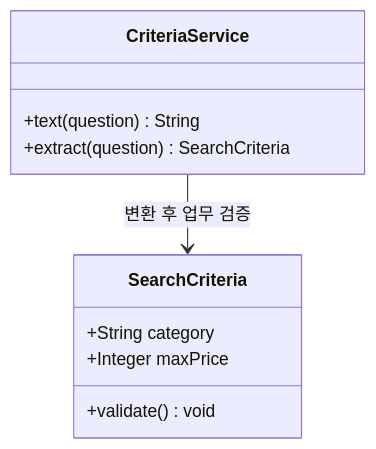
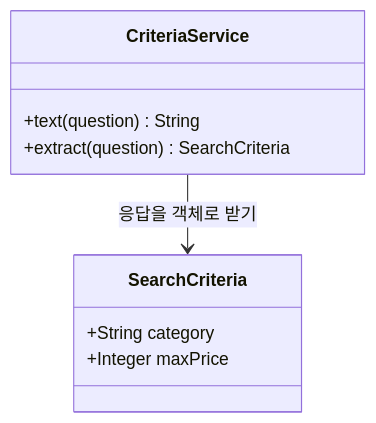
Before and after one commit to Justin-ad-Park/SpringShoppingAI: the first of 2 diagrams in Spring-AI-Agent-Learning/docs/lessons/04-structured-output/01-format.md, drawn with Mermaid. The commit also changed other lines of this file and 47 other files, not shown here.

````diff
--- a/Spring-AI-Agent-Learning/docs/lessons/04-structured-output/01-format.md
+++ b/Spring-AI-Agent-Learning/docs/lessons/04-structured-output/01-format.md
@@ -26,13 +25,12 @@
 ```mermaid
 classDiagram
     class CriteriaService {
         +text(question) String
         +extract(question) SearchCriteria
     }
     class SearchCriteria {
         +String category
         +Integer maxPrice
-        +validate() void
     }
-    CriteriaService --> SearchCriteria : 변환 후 업무 검증
+    CriteriaService --> SearchCriteria : 응답을 객체로 받기
 ```
````
